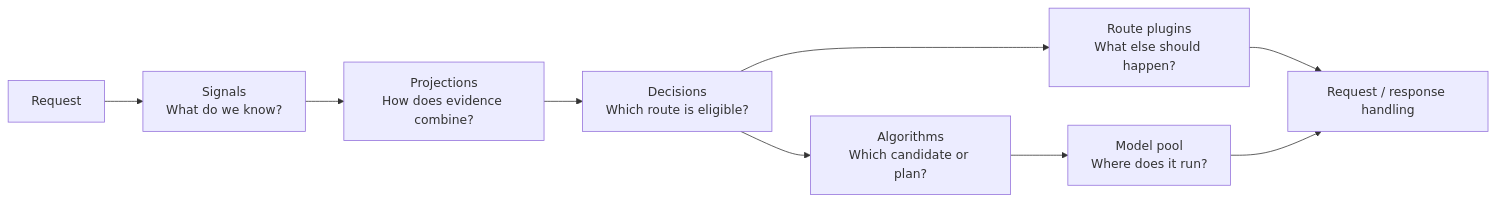
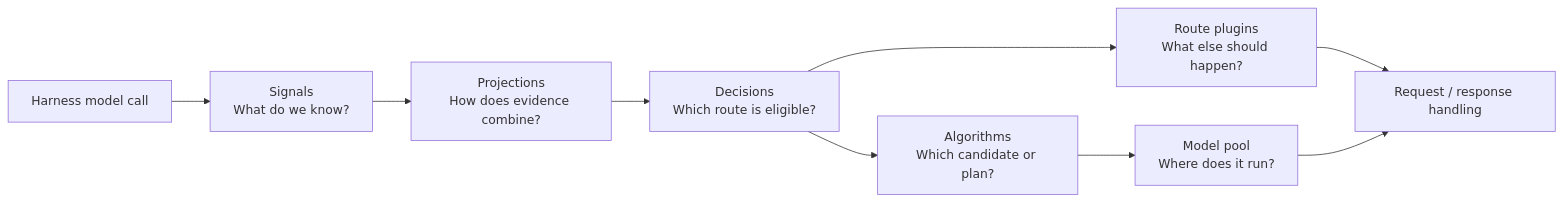
The diagram in website/docs/overview/signal-driven-decisions.md (vllm-project/semantic-router), drawn with Mermaid before and after one commit. The commit also changed other lines of this file and 75 other files, not shown here.

````diff
--- a/website/docs/overview/signal-driven-decisions.md
+++ b/website/docs/overview/signal-driven-decisions.md
@@ -13,11 +17,11 @@
 ```mermaid
 flowchart LR
-    Request["Request"] --> Signals["Signals<br/>What do we know?"]
+    Request["Harness model call"] --> Signals["Signals<br/>What do we know?"]
     Signals --> Projections["Projections<br/>How does evidence combine?"]
     Projections --> Decisions["Decisions<br/>Which route is eligible?"]
     Decisions --> Algorithms["Algorithms<br/>Which candidate or plan?"]
     Algorithms --> Pool["Model pool<br/>Where does it run?"]
     Decisions --> Plugins["Route plugins<br/>What else should happen?"]
     Plugins --> Response["Request / response handling"]
     Pool --> Response
 ```
````
